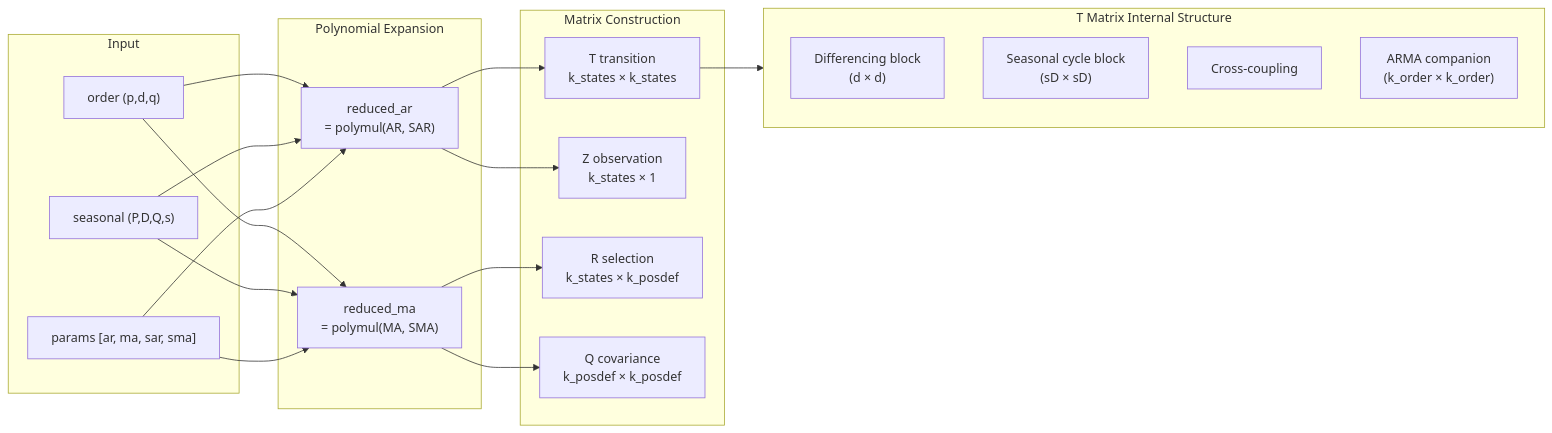
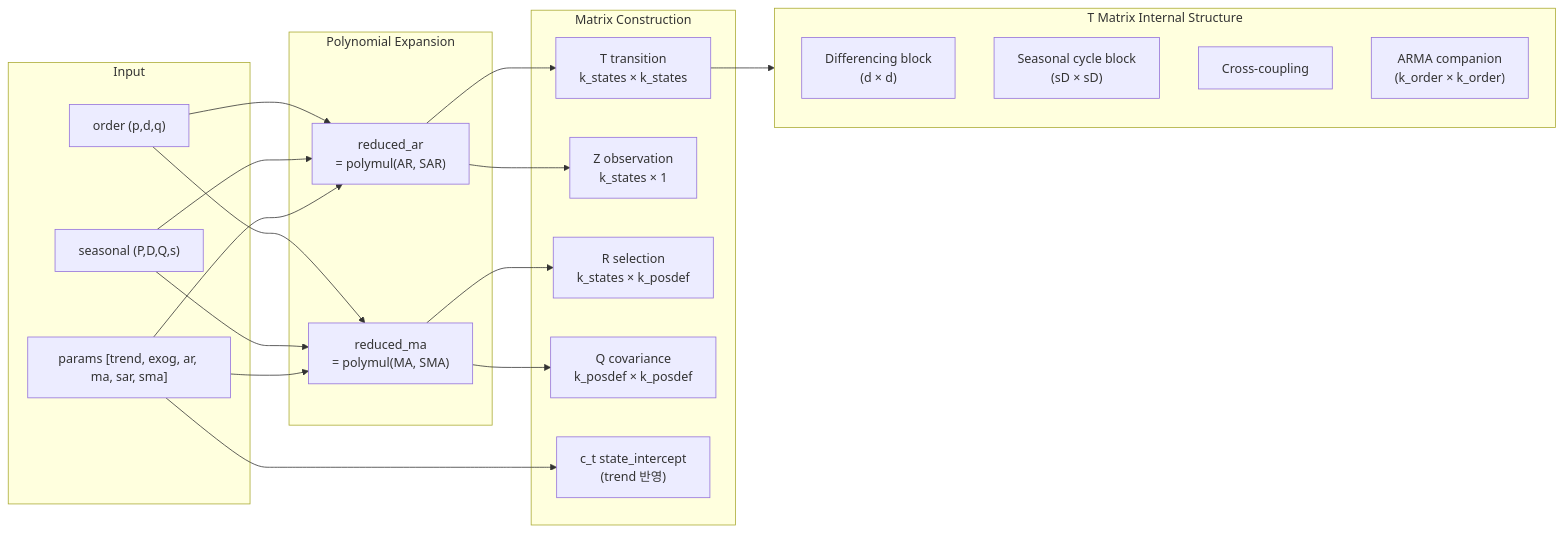
One commit to zongseung/Rust-python-arima changed the fifth of 5 diagrams in README.md. Above: the diagram before and after it, drawn with Mermaid. The commit also changed other lines of this file, not shown here.

````diff
--- a/README.md
+++ b/README.md
@@ -341,41 +434,43 @@
 ```mermaid
 graph LR
     subgraph Input
         ORDER["order (p,d,q)"]
         SEAS["seasonal (P,D,Q,s)"]
-        PARAMS["params [ar, ma, sar, sma]"]
+        PARAMS["params [trend, exog, ar, ma, sar, sma]"]
     end
 
     subgraph Polynomial["Polynomial Expansion"]
         RDAR["reduced_ar<br/>= polymul(AR, SAR)"]
         RDMA["reduced_ma<br/>= polymul(MA, SMA)"]
     end
 
     subgraph Matrix["Matrix Construction"]
         T["T transition<br/>k_states × k_states"]
         Z["Z observation<br/>k_states × 1"]
         R["R selection<br/>k_states × k_posdef"]
         Q["Q covariance<br/>k_posdef × k_posdef"]
+        C["c_t state_intercept<br/>(trend 반영)"]
     end
 
     ORDER --> RDAR
     SEAS --> RDAR
     PARAMS --> RDAR
     ORDER --> RDMA
     SEAS --> RDMA
     PARAMS --> RDMA
 
     RDAR --> T
     RDAR --> Z
     RDMA --> R
     RDMA --> Q
+    PARAMS --> C
 
     subgraph TBlocks["T Matrix Internal Structure"]
         DIFF["Differencing block<br/>(d × d)"]
         SDIFF["Seasonal cycle block<br/>(sD × sD)"]
         CROSS["Cross-coupling"]
         ARMA["ARMA companion<br/>(k_order × k_order)"]
     end
 
     T --> TBlocks
 ```
````
